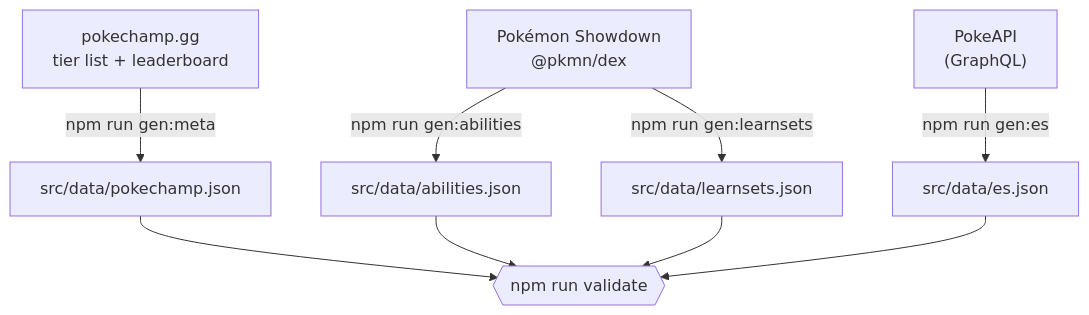
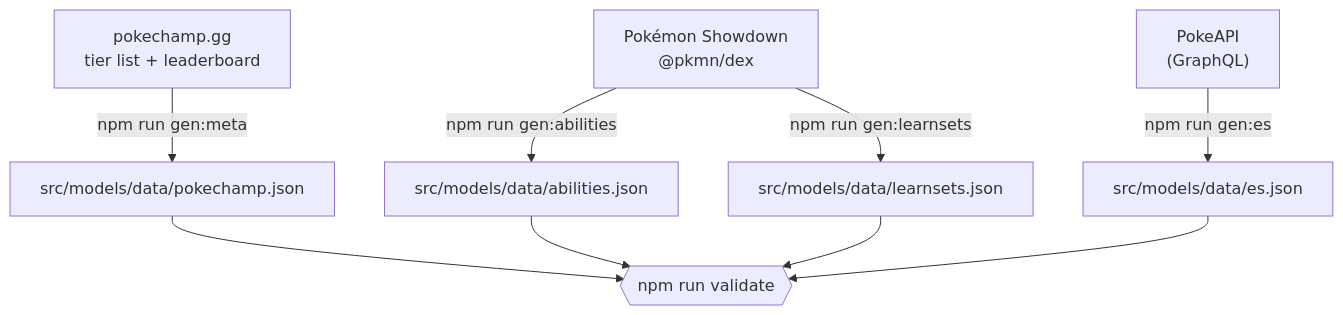
The sixth of 8 diagrams in README.md (zseuz/pokemon-champions), drawn with Mermaid before and after one commit. The commit also changed other lines of this file and 94 other files, not shown here.

````diff
--- a/README.md
+++ b/README.md
@@ -180,8 +196,8 @@
 ```mermaid
 flowchart TB
-    PCH["pokechamp.gg<br/>tier list + leaderboard"] -->|npm run gen:meta| PC["src/data/pokechamp.json"]
-    SD["Pokémon Showdown<br/>@pkmn/dex"] -->|npm run gen:abilities| AB["src/data/abilities.json"]
-    SD -->|npm run gen:learnsets| LN["src/data/learnsets.json"]
-    PA["PokeAPI<br/>(GraphQL)"] -->|npm run gen:es| ES["src/data/es.json"]
+    PCH["pokechamp.gg<br/>tier list + leaderboard"] -->|npm run gen:meta| PC["src/models/data/pokechamp.json"]
+    SD["Pokémon Showdown<br/>@pkmn/dex"] -->|npm run gen:abilities| AB["src/models/data/abilities.json"]
+    SD -->|npm run gen:learnsets| LN["src/models/data/learnsets.json"]
+    PA["PokeAPI<br/>(GraphQL)"] -->|npm run gen:es| ES["src/models/data/es.json"]
     PC & AB & LN & ES --> V{{npm run validate}}
 ```
````
